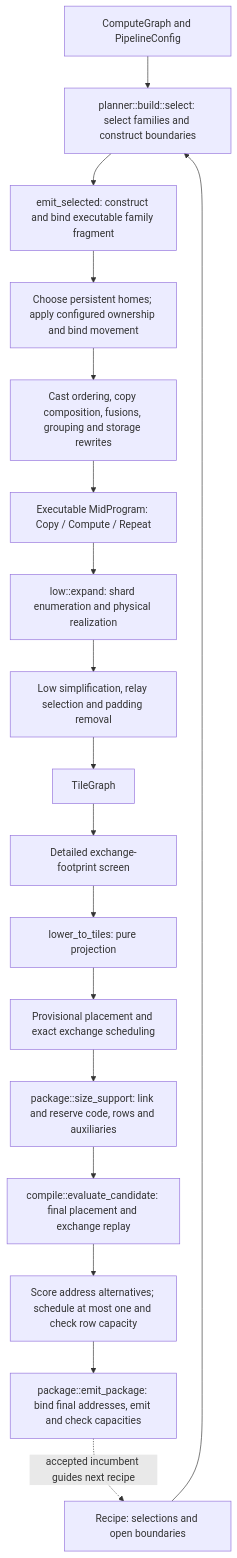
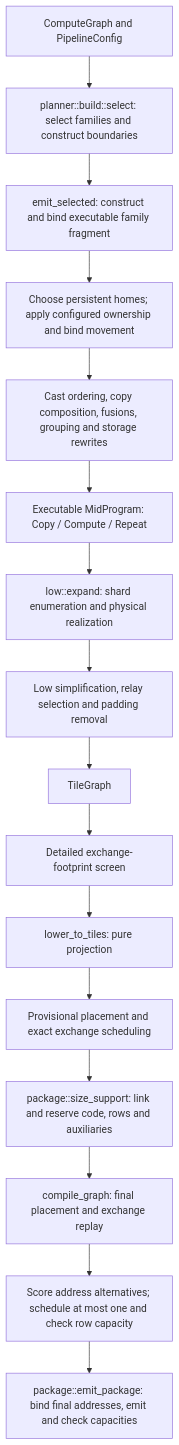
Before and after one commit to osmarks/ipu-stack: the first of 3 diagrams in docs/COMPILER_DATA_FLOW.md, drawn with Mermaid. The commit also changed other lines of this file and 18 other files, not shown here.

Commit message:
Remove recipe search and compile the baseline directly

````diff
--- a/docs/COMPILER_DATA_FLOW.md
+++ b/docs/COMPILER_DATA_FLOW.md
@@ -92,20 +91,18 @@
 ```mermaid
 flowchart TD
   G[ComputeGraph and PipelineConfig] --> P[planner::build::select: select families and construct boundaries]
-  R[Recipe: selections and open boundaries] --> P
   P --> I[emit_selected: construct and bind executable family fragment]
   I --> H[Choose persistent homes; apply configured ownership and bind movement]
   H --> W[Cast ordering, copy composition, fusions, grouping and storage rewrites]
   W --> M[Executable MidProgram: Copy / Compute / Repeat]
   M --> E[low::expand: shard enumeration and physical realization]
   E --> O[Low simplification, relay selection and padding removal]
   O --> T[TileGraph]
   T --> F[Detailed exchange-footprint screen]
   F --> L[lower_to_tiles: pure projection]
   L --> V[Provisional placement and exact exchange scheduling]
   V --> S[package::size_support: link and reserve code, rows and auxiliaries]
-  S --> B[compile::evaluate_candidate: final placement and exchange replay]
+  S --> B[compile_graph: final placement and exchange replay]
   B --> C[Score address alternatives; schedule at most one and check row capacity]
   C --> A[package::emit_package: bind final addresses, emit and check capacities]
-  A -. accepted incumbent guides next recipe .-> R
 ```
````
